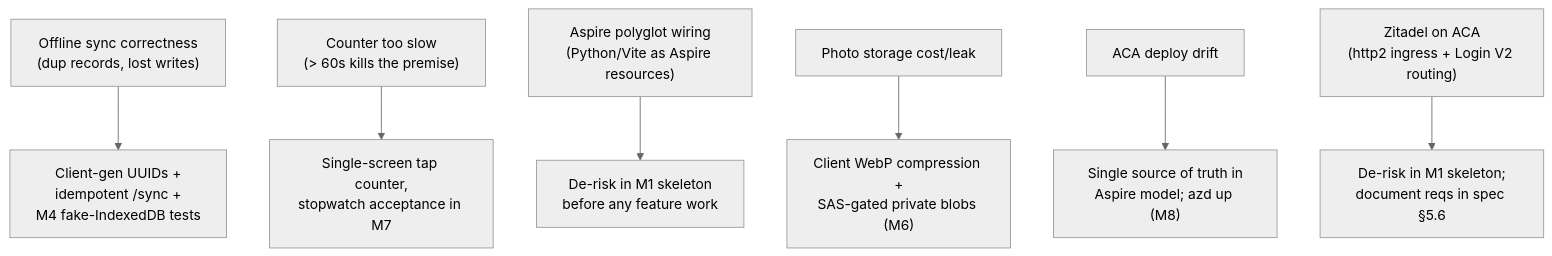
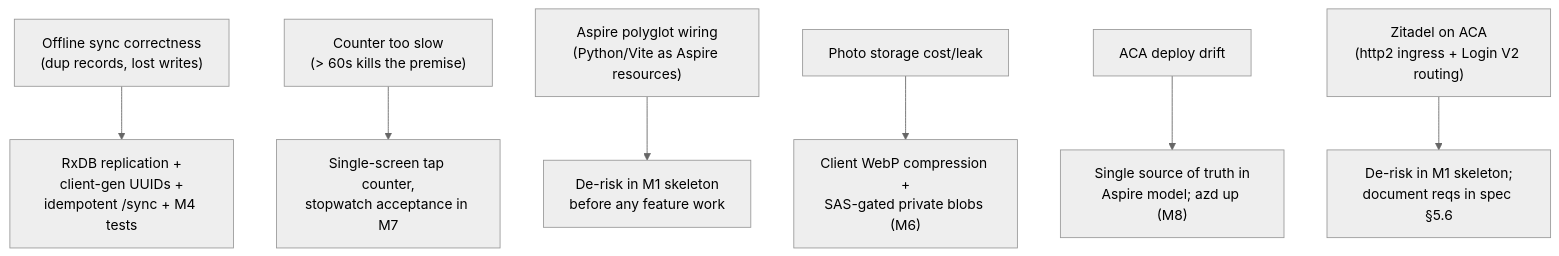
One commit to quennethks/clothesline changed the second of 2 diagrams in specs/01-mvp/implementation-plan.md. Above: the diagram before and after it, drawn with Mermaid (neutral theme). The commit also changed other lines of this file and 2 other files, not shown here.

````diff
--- a/specs/01-mvp/implementation-plan.md
+++ b/specs/01-mvp/implementation-plan.md
@@ -214,9 +216,9 @@
 ```mermaid
 flowchart TB
-    r1["Offline sync correctness<br/>(dup records, lost writes)"] --> m1["Client-gen UUIDs +<br/>idempotent /sync +<br/>M4 fake-IndexedDB tests"]
+    r1["Offline sync correctness<br/>(dup records, lost writes)"] --> m1["RxDB replication +<br/>client-gen UUIDs +<br/>idempotent /sync + M4 tests"]
     r2["Counter too slow<br/>(&gt; 60s kills the premise)"] --> m2["Single-screen tap counter,<br/>stopwatch acceptance in M7"]
     r3["Aspire polyglot wiring<br/>(Python/Vite as Aspire resources)"] --> m3["De-risk in M1 skeleton<br/>before any feature work"]
     r4["Photo storage cost/leak"] --> m4["Client WebP compression +<br/>SAS-gated private blobs (M6)"]
     r5["ACA deploy drift"] --> m5["Single source of truth in<br/>Aspire model; azd up (M8)"]
     r6["Zitadel on ACA<br/>(http2 ingress + Login V2 routing)"] --> m6["De-risk in M1 skeleton;<br/>document reqs in spec §5.6"]
 ```
````
